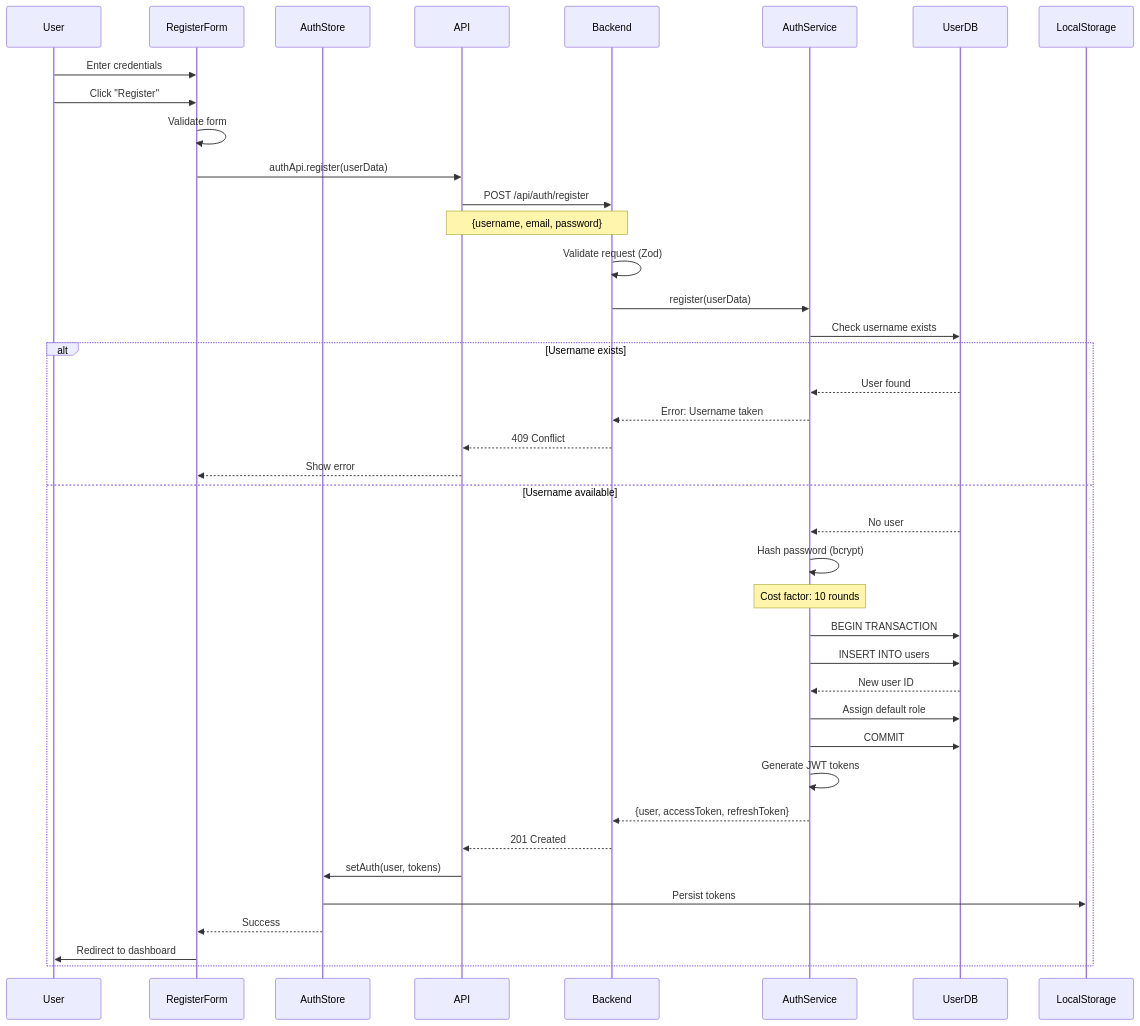
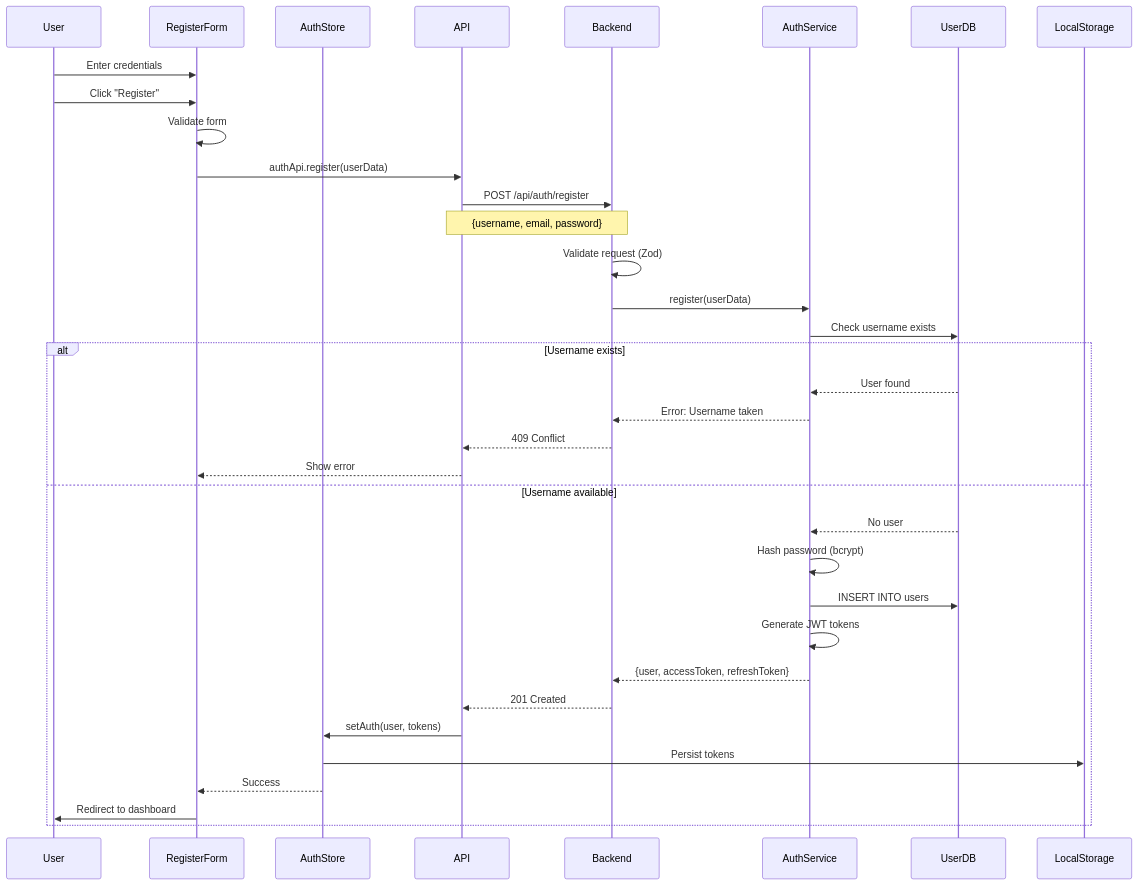
One commit to darkraise/flashpoint-web changed the second of 7 diagrams in docs/02-architecture/authentication-flow.md. Above: the diagram before and after it, drawn with Mermaid. The commit also changed other lines of this file and 98 other files, not shown here.

````diff
--- a/docs/02-architecture/authentication-flow.md
+++ b/docs/02-architecture/authentication-flow.md
@@ -56,48 +54,42 @@
 ```mermaid
 sequenceDiagram
     participant User
     participant RegisterForm
     participant AuthStore
     participant API
     participant Backend
     participant AuthService
     participant UserDB
 
     User->>RegisterForm: Enter credentials
     User->>RegisterForm: Click "Register"
 
     RegisterForm->>RegisterForm: Validate form
     RegisterForm->>API: authApi.register(userData)
 
     API->>Backend: POST /api/auth/register
     Note over API,Backend: {username, email, password}
 
     Backend->>Backend: Validate request (Zod)
     Backend->>AuthService: register(userData)
 
     AuthService->>UserDB: Check username exists
     alt Username exists
         UserDB-->>AuthService: User found
         AuthService-->>Backend: Error: Username taken
         Backend-->>API: 409 Conflict
         API-->>RegisterForm: Show error
     else Username available
         UserDB-->>AuthService: No user
         AuthService->>AuthService: Hash password (bcrypt)
-        Note over AuthService: Cost factor: 10 rounds
-
-        AuthService->>UserDB: BEGIN TRANSACTION
         AuthService->>UserDB: INSERT INTO users
-        UserDB-->>AuthService: New user ID
-        AuthService->>UserDB: Assign default role
-        AuthService->>UserDB: COMMIT
 
         AuthService->>AuthService: Generate JWT tokens
         AuthService-->>Backend: {user, accessToken, refreshToken}
         Backend-->>API: 201 Created
         API->>AuthStore: setAuth(user, tokens)
         AuthStore->>LocalStorage: Persist tokens
         AuthStore-->>RegisterForm: Success
         RegisterForm->>User: Redirect to dashboard
     end
 ```
````
